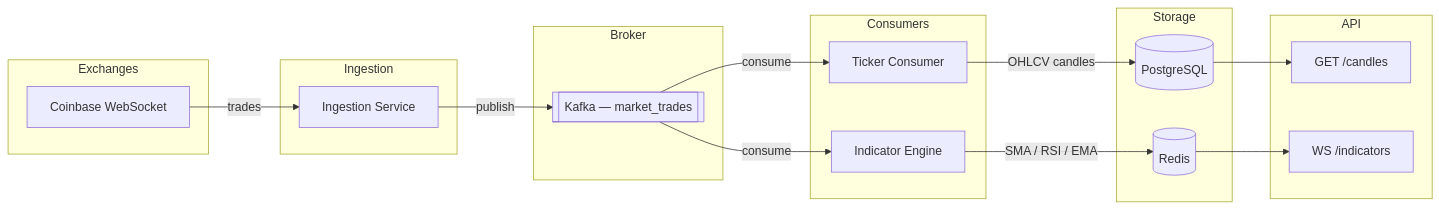
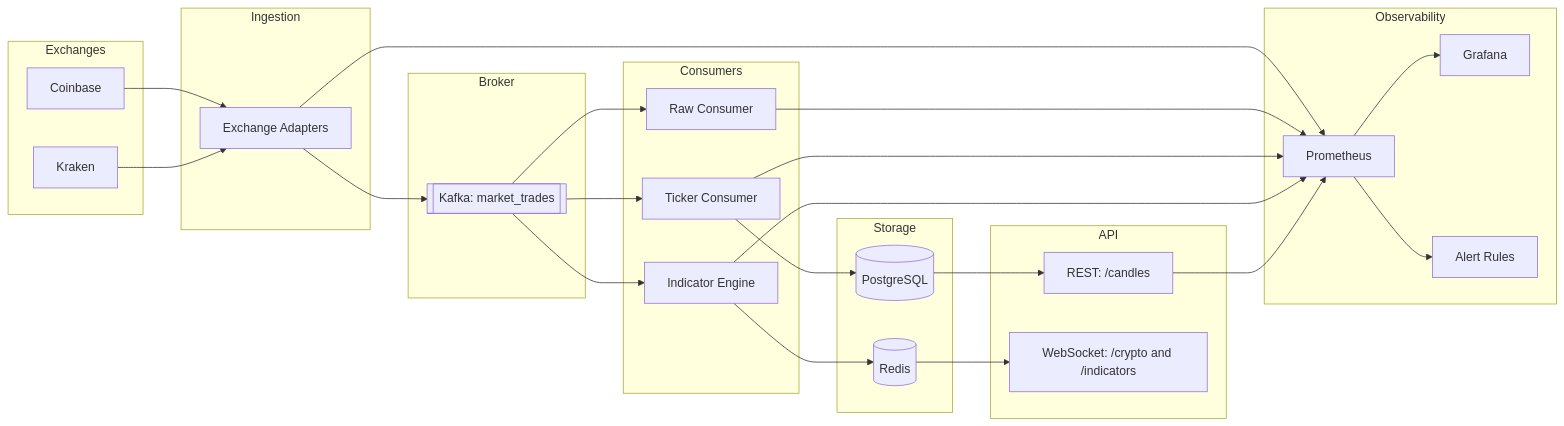
One commit to obro79/Flux changed the diagram in README.md. Above: the diagram before and after it, drawn with Mermaid. The commit also changed other lines of this file and 30 other files, not shown here.

````diff
--- a/README.md
+++ b/README.md
@@ -18,38 +18,55 @@
 ```mermaid
 flowchart LR
     subgraph Exchanges
-        CB[Coinbase WebSocket]
+        CB[Coinbase]
+        KR[Kraken]
     end
 
     subgraph Ingestion
-        ING[Ingestion Service]
+        ING[Exchange Adapters]
     end
 
     subgraph Broker
-        K[[Kafka — market_trades]]
+        K[[Kafka: market_trades]]
     end
 
     subgraph Consumers
+        RC[Raw Consumer]
         TC[Ticker Consumer]
         IC[Indicator Engine]
     end
 
     subgraph Storage
         PG[(PostgreSQL)]
         RD[(Redis)]
     end
 
     subgraph API
-        REST[GET /candles]
-        WS[WS /indicators]
+        REST[REST: /candles]
+        WS[WebSocket: /crypto and /indicators]
     end
 
-    CB -- trades --> ING
-    ING -- publish --> K
-    K -- consume --> TC
-    K -- consume --> IC
-    TC -- OHLCV candles --> PG
-    IC -- SMA / RSI / EMA --> RD
+    subgraph Observability
+        PR[Prometheus]
+        GF[Grafana]
+        AL[Alert Rules]
+    end
+
+    CB --> ING
+    KR --> ING
+    ING --> K
+    K --> RC
+    K --> TC
+    K --> IC
+    TC --> PG
+    IC --> RD
     PG --> REST
     RD --> WS
+    ING --> PR
+    RC --> PR
+    TC --> PR
+    IC --> PR
+    REST --> PR
+    PR --> GF
+    PR --> AL
 ```
````
